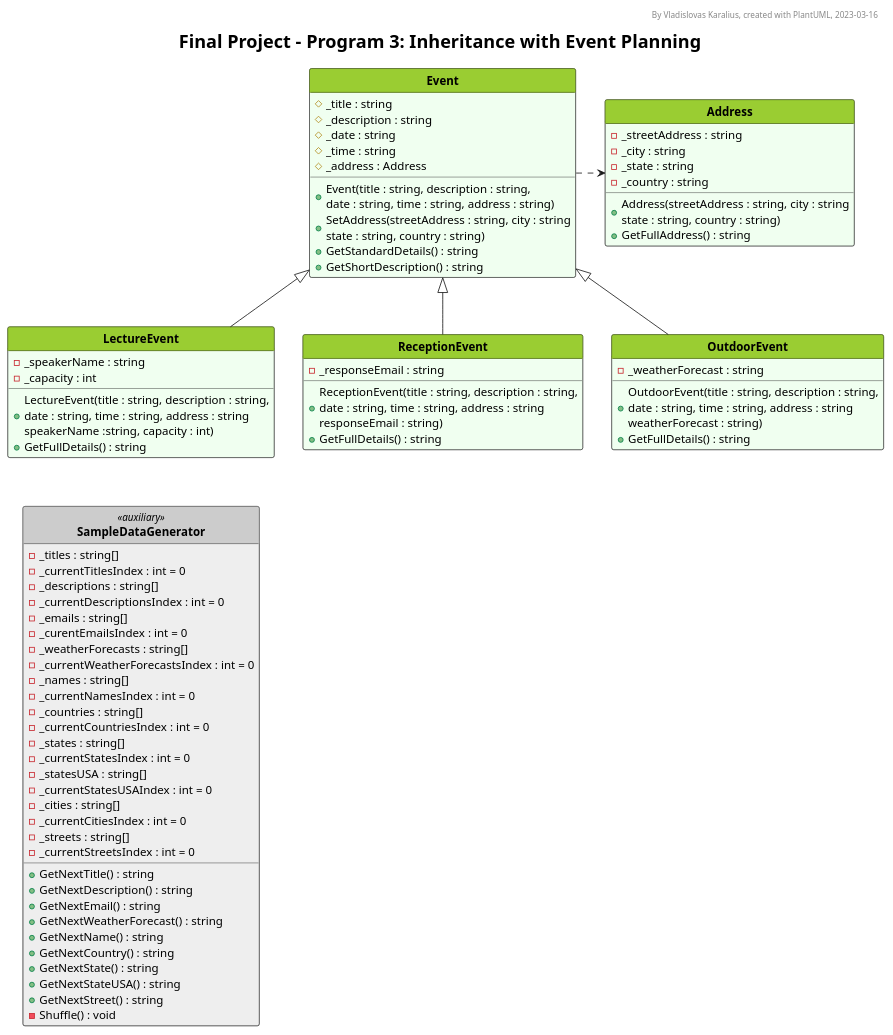
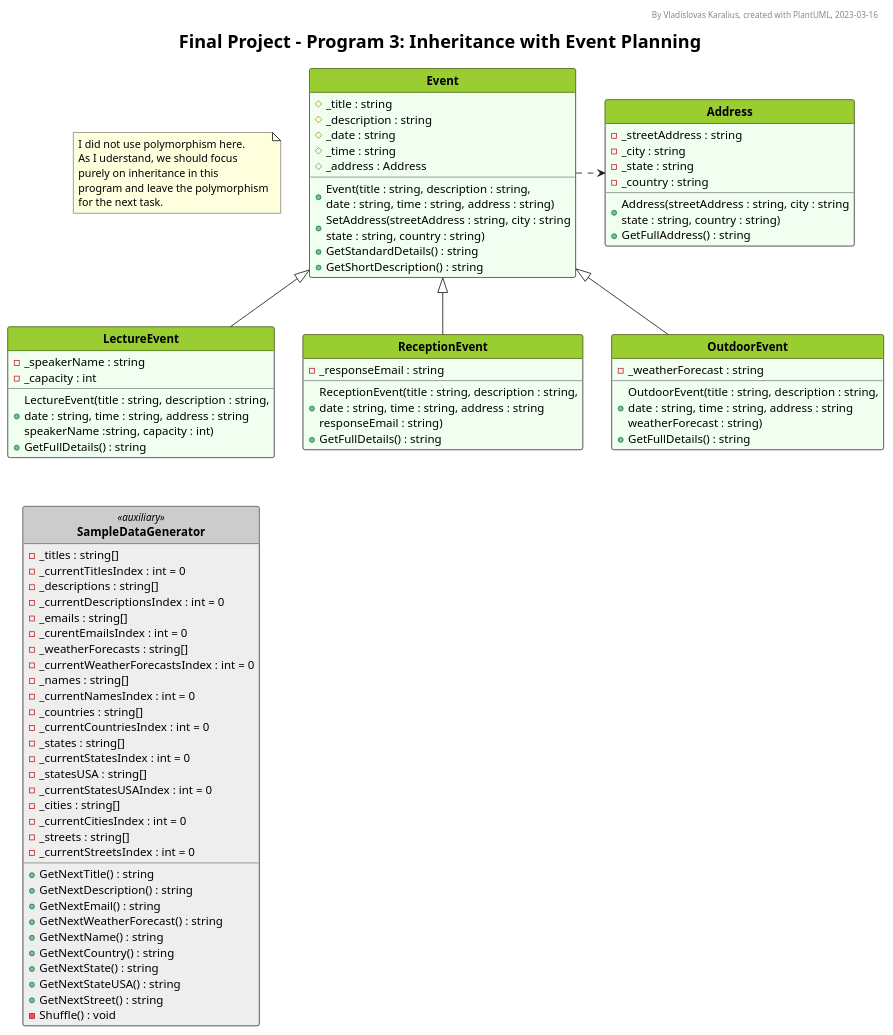
Before and after one commit to VladKaralius/cse210-projects: the diagram in final/Foundation3/UML_diagram.pu, drawn with PlantUML.

Commit message:
Added a note

```diff
--- a/final/Foundation3/UML_diagram.pu
+++ b/final/Foundation3/UML_diagram.pu
@@ -1,150 +1,158 @@
 @startuml UML_diagram
 
 '--Formatting options--
 hide circle
 hide empty members
 'skinparam classAttributeIconSize 0
 skinparam style strictuml
 'skinparam groupInheritance 2
 'skinparam linetype ortho
 'skinparam Nodesep 15
 'skinparam Ranksep 25
 'left to right direction
 
 '--Styling--
 'skinparam BackgroundColor White/LightGreen
 skinparam TitleFontSize 22
 
 <style>
 classDiagram {
   class {
     '-attributes and methods-
     'FontSize 14
     'FontColor black
     'BackgroundColor #fefece
     BackgroundColor #f0fff0
     'RoundCorner 0
     '-class name-
     header {
       'FontSize 12
       'FontColor Black
       FontStyle bold
       BackgroundColor YellowGreen
     }
 
     ' Alternative class style 1
     .gaming {
       BackgroundColor Bisque
       header {
         BackgroundColor Orange
       }
     }
 
     ' Alternative class style 2
     .auxiliary {
       BackgroundColor #eeeeee
       header {
         BackgroundColor #cccccc
       }
     }
   }
   
-  note {
-    BackgroundColor Yellow
-  }
+  ' note {
+  '   BackgroundColor Yellow
+  ' }
   legend {
     FontSize 18
   }
 </style>
 
 '--Header, title, caption--
 header By Vladislovas Karalius, created with PlantUML, 2023-03-16
 title Final Project - Program 3: Inheritance with Event Planning
 
 '--Main--
 class Event {
   # _title : string
   # _description : string
   # _date : string
   # _time : string
   # _address : Address
   + Event(title : string, description : string,\ndate : string, time : string, address : string)
   + SetAddress(streetAddress : string, city : string\nstate : string, country : string)
   + GetStandardDetails() : string
   + GetShortDescription() : string
 }
 
 class Address {
   - _streetAddress : string
   - _city : string
   - _state : string
   - _country : string
   + Address(streetAddress : string, city : string\nstate : string, country : string)
   + GetFullAddress() : string
 }
 
 class LectureEvent extends Event {
 - _speakerName : string
 - _capacity : int
 + LectureEvent(title : string, description : string,\ndate : string, time : string, address : string\nspeakerName :string, capacity : int)
 + GetFullDetails() : string
 }
 
 class ReceptionEvent extends Event {
 - _responseEmail : string
 + ReceptionEvent(title : string, description : string,\ndate : string, time : string, address : string\nresponseEmail : string)
 + GetFullDetails() : string
 }
 
 class OutdoorEvent extends Event {
 - _weatherForecast : string
 + OutdoorEvent(title : string, description : string,\ndate : string, time : string, address : string\nweatherForecast : string)
 + GetFullDetails() : string
 }
 
 class SampleDataGenerator <<auxiliary>> {
   - _titles : string[]
   - _currentTitlesIndex : int = 0
   - _descriptions : string[]
   - _currentDescriptionsIndex : int = 0
   - _emails : string[]
   - _curentEmailsIndex : int = 0
   - _weatherForecasts : string[]
   - _currentWeatherForecastsIndex : int = 0
   - _names : string[]
   - _currentNamesIndex : int = 0
   - _countries : string[]
   - _currentCountriesIndex : int = 0
   - _states : string[]
   - _currentStatesIndex : int = 0
   - _statesUSA : string[]
   - _currentStatesUSAIndex : int = 0
   - _cities : string[]
   - _currentCitiesIndex : int = 0
   - _streets : string[]
   - _currentStreetsIndex : int = 0
   + GetNextTitle() : string
   + GetNextDescription() : string
   + GetNextEmail() : string
   + GetNextWeatherForecast() : string
   + GetNextName() : string
   + GetNextCountry() : string
   + GetNextState() : string
   + GetNextStateUSA() : string
   + GetNextStreet() : string
   - Shuffle() : void
 }
 
+note as Note1
+I did not use polymorphism here.
+As I uderstand, we should focus
+purely on inheritance in this
+program and leave the polymorphism
+for the next task.
+endnote
+
 Event .> Address
-
+Event .l[hidden] Note1
 LectureEvent .[hidden]. SampleDataGenerator
 
 
 '--Description--
 ' legend bottom
 ' <size:22>__**Core Requirements**__
 ' The program has one base class **Activity**. This class contains the attributes and methods
 ' that are common to all activities. Certain functions are put into separate classes as follows:
 ' endlegend
 
 @enduml
```
